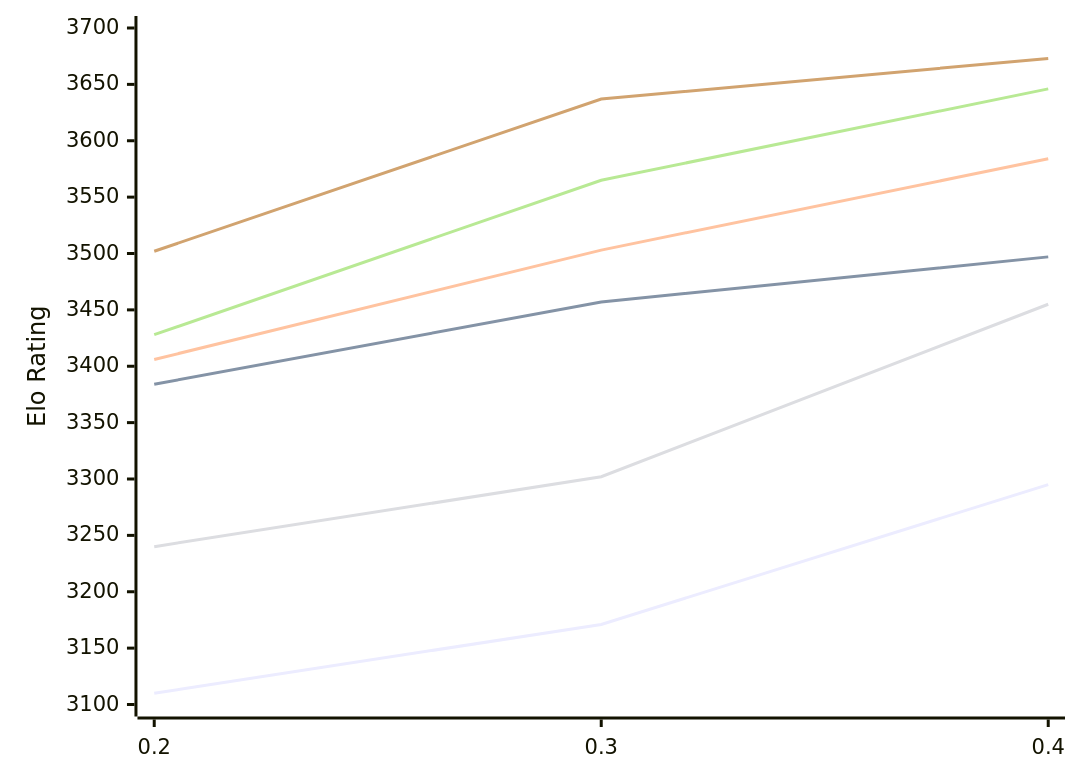
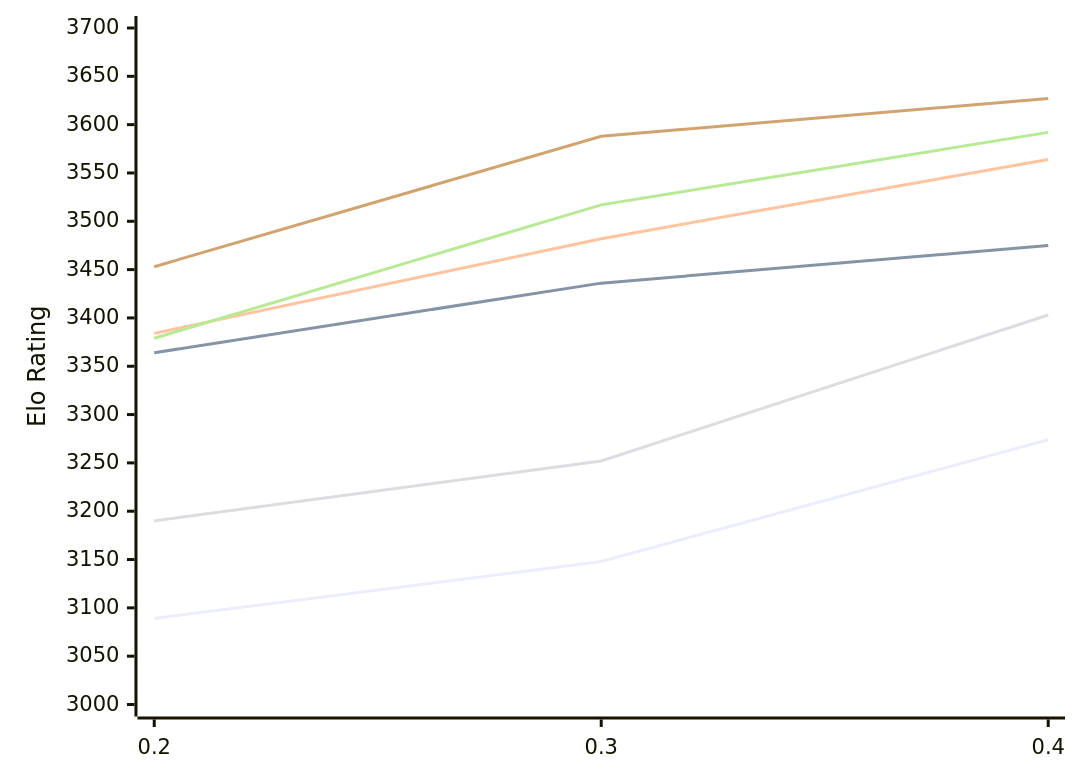
One commit to computer-chess-index/cci changed the diagram in engines/StockDory.md. Above: the diagram before and after it, drawn with Mermaid. The commit also changed other lines of this file, not shown here.

Commit message:
Update CCI Ratings (ELO VLTC) - 2026-11-08

````diff
--- a/engines/StockDory.md
+++ b/engines/StockDory.md
@@ -51,12 +51,12 @@
 ```mermaid
 %%{init: {"theme":"base","themeVariables":{"seriesColors:['#a3a3a3','#222221','#faa371']}}}%%
 xychart-beta
   x-axis ["0.2", "0.3", "0.4"]
-  y-axis "Elo Rating" 3100 --> 3700
-  line "E1: STC (8.0+0.08s)" [3110, 3171, 3295]
-  line "E1: LTC (60.0+0.60s)" [3384, 3457, 3497]
-  line "E1: VLTC (2m24s+1.12s)" [3406, 3503, 3584]
-  line "P1: STC (8.0+0.08s)" [3240, 3302, 3455]
-  line "P1: LTC (60.0+0.60s)" [3428, 3565, 3646]
-  line "P1: VLTC (2m24s+1.12s)" [3502, 3637, 3673]
+  y-axis "Elo Rating" 3000 --> 3700
+  line "E1: STC (8.0+0.08s)" [3089, 3148, 3274]
+  line "E1: LTC (60.0+0.60s)" [3364, 3436, 3475]
+  line "E1: VLTC (2m24s+1.12s)" [3384, 3482, 3564]
+  line "P1: STC (8.0+0.08s)" [3190, 3252, 3403]
+  line "P1: LTC (60.0+0.60s)" [3379, 3517, 3592]
+  line "P1: VLTC (2m24s+1.12s)" [3453, 3588, 3627]
 ```
````
